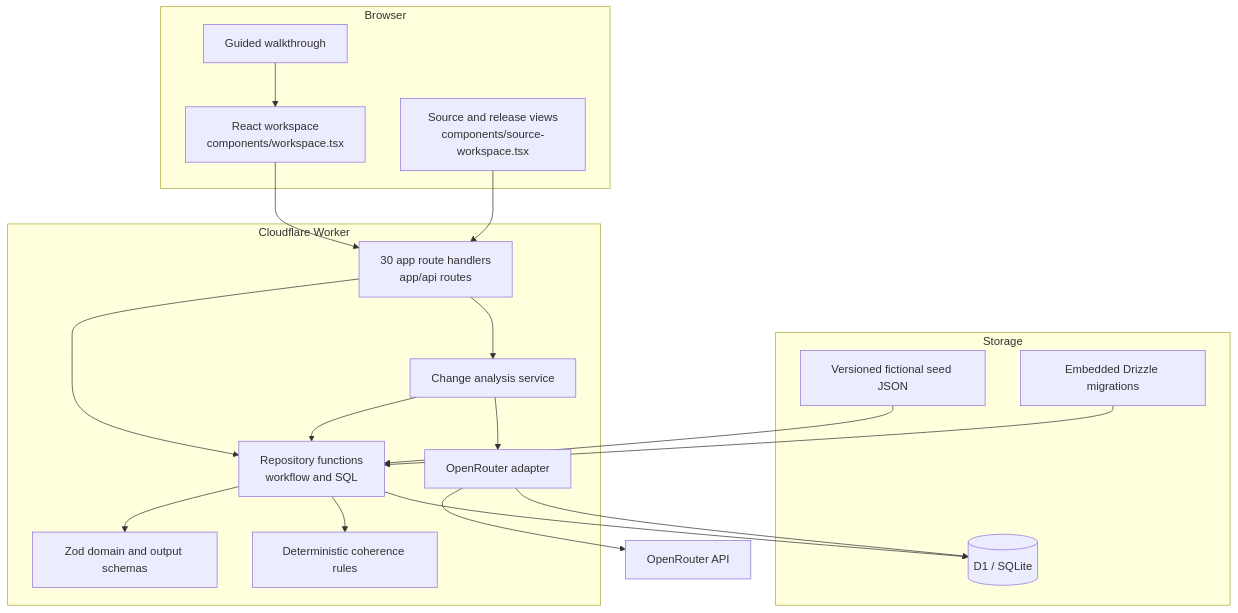
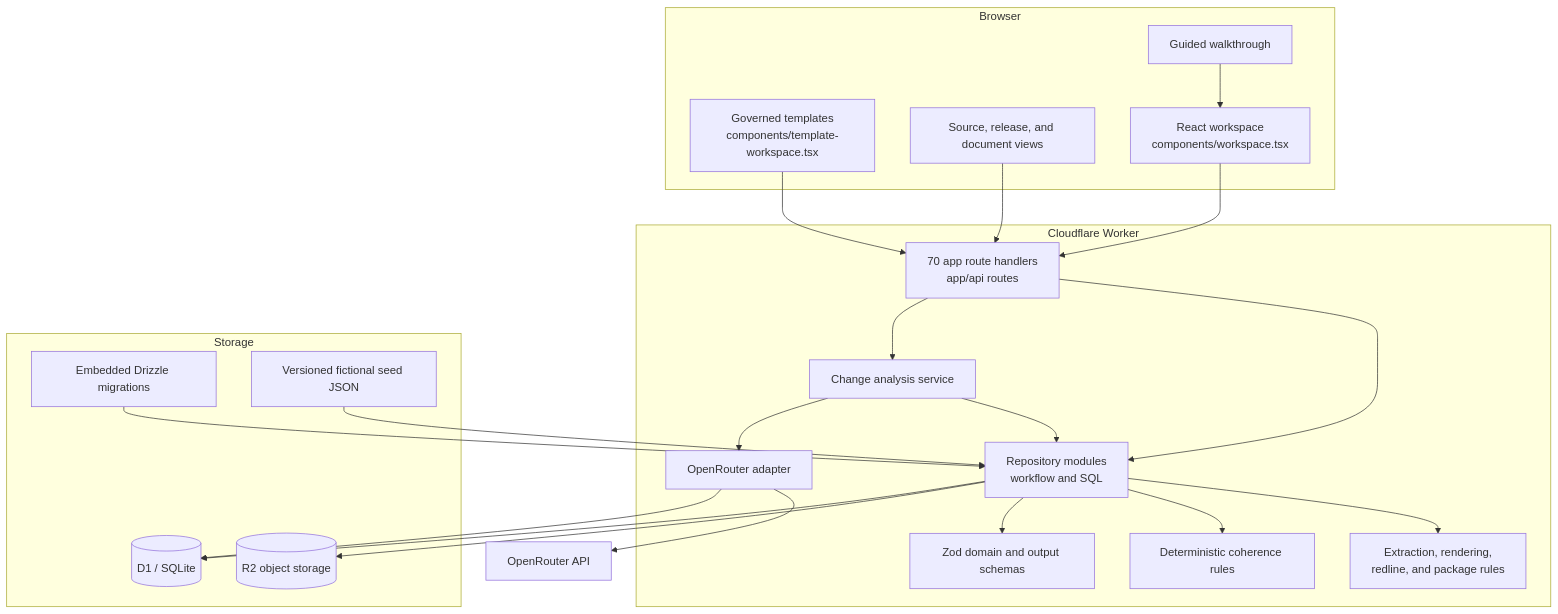
Before and after one commit to caffreit/rhythmreview-evidence-workspace: the second of 5 diagrams in docs/system-architecture.md, drawn with Mermaid. The commit also changed other lines of this file and 65 other files, not shown here.

Commit message:
Implement WP-30 controlled document workflow

````diff
--- a/docs/system-architecture.md
+++ b/docs/system-architecture.md
@@ -40,38 +45,44 @@
 ```mermaid
 flowchart TB
     subgraph Browser
         Workspace["React workspace<br/>components/workspace.tsx"]
-        SourceUI["Source and release views<br/>components/source-workspace.tsx"]
+        SourceUI["Source, release, and document views"]
+        TemplateUI["Governed templates<br/>components/template-workspace.tsx"]
         Guide[Guided walkthrough]
     end
 
     subgraph Cloudflare Worker
-        Router["30 app route handlers<br/>app/api routes"]
+        Router["70 app route handlers<br/>app/api routes"]
         ChangeService[Change analysis service]
-        Repositories["Repository functions<br/>workflow and SQL"]
+        Repositories["Repository modules<br/>workflow and SQL"]
         Policies[Zod domain and output schemas]
         Coherence[Deterministic coherence rules]
+        Documents["Extraction, rendering,<br/>redline, and package rules"]
         Provider[OpenRouter adapter]
     end
 
     subgraph Storage
         Database[(D1 / SQLite)]
+        Files[(R2 object storage)]
         Seed[Versioned fictional seed JSON]
         Migrations[Embedded Drizzle migrations]
     end
 
     Workspace --> Router
     SourceUI --> Router
+    TemplateUI --> Router
     Guide --> Workspace
     Router --> ChangeService
     Router --> Repositories
     ChangeService --> Provider
     ChangeService --> Repositories
     Repositories --> Coherence
+    Repositories --> Documents
     Repositories --> Policies
     Repositories --> Database
+    Repositories --> Files
     Provider --> Database
     Seed --> Repositories
     Migrations --> Repositories
     Provider --> OpenRouter[OpenRouter API]
 ```
````
